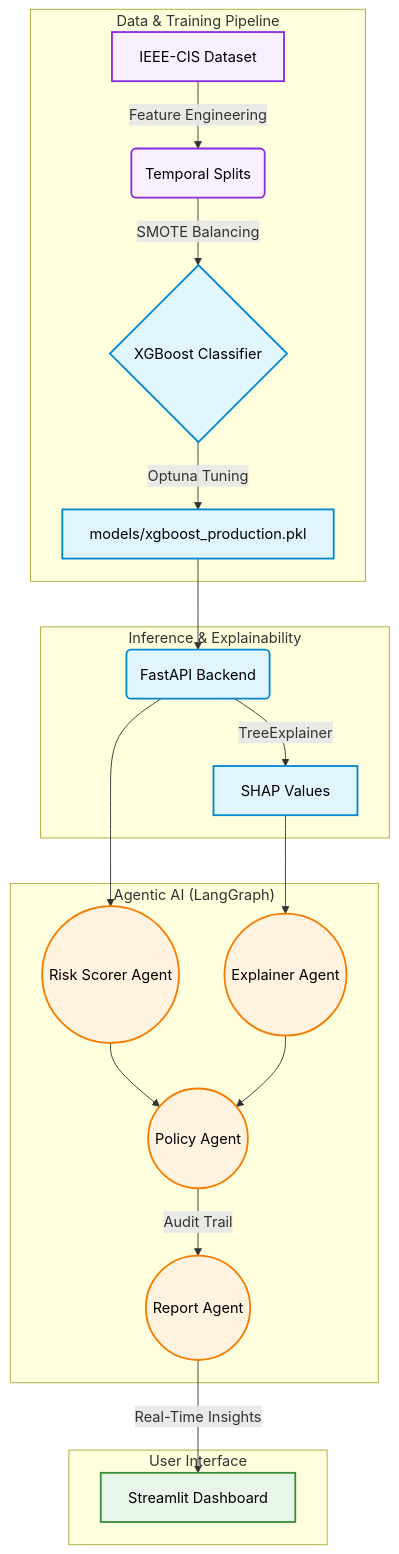
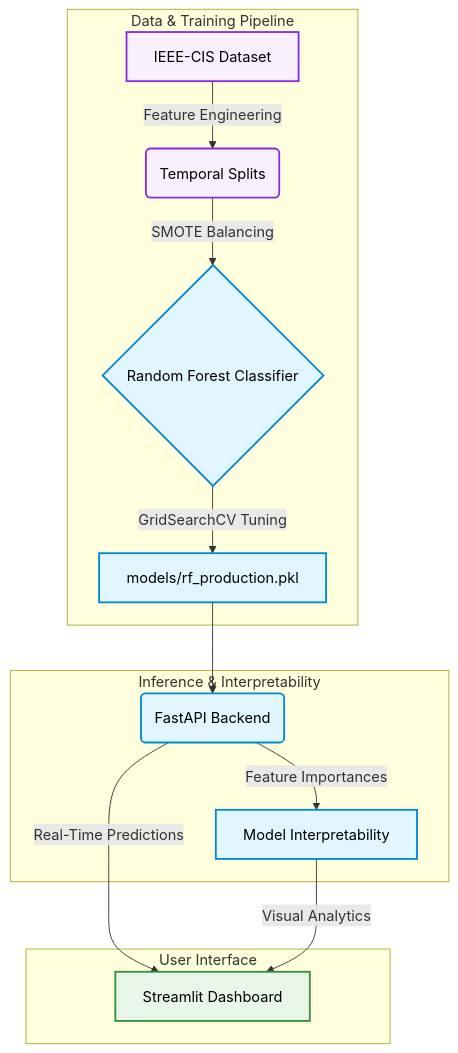
One commit to Shashank17singh/Agentic-Fraud-Sentinel changed the diagram in README.md. Above: the diagram before and after it, drawn with Mermaid. The commit also changed other lines of this file, not shown here.

````diff
--- a/README.md
+++ b/README.md
@@ -18,35 +18,26 @@
 ```mermaid
 graph TD
     subgraph "Data & Training Pipeline"
     A[IEEE-CIS Dataset] -->|Feature Engineering| B(Temporal Splits)
-    B -->|SMOTE Balancing| C{XGBoost Classifier}
-    C -->|Optuna Tuning| D[models/xgboost_production.pkl]
+    B -->|SMOTE Balancing| C{Random Forest Classifier}
+    C -->|GridSearchCV Tuning| D[models/rf_production.pkl]
     end
     
-    subgraph "Inference & Explainability"
+    subgraph "Inference & Interpretability"
     D --> E(FastAPI Backend)
-    E -->|TreeExplainer| F[SHAP Values]
-    end
-    
-    subgraph "Agentic AI (LangGraph)"
-    E --> G((Risk Scorer Agent))
-    F --> H((Explainer Agent))
-    G --> I((Policy Agent))
-    H --> I
-    I -->|Audit Trail| J((Report Agent))
+    E -->|Feature Importances| F[Model Interpretability]
     end
     
     subgraph "User Interface"
-    J -->|Real-Time Insights| K[Streamlit Dashboard]
+    E -->|Real-Time Predictions| G[Streamlit Dashboard]
+    F -->|Visual Analytics| G
     end
     
     classDef data fill:#f9f0ff,stroke:#8a2be2,stroke-width:2px,color:#000;
     classDef core fill:#e1f5fe,stroke:#0288d1,stroke-width:2px,color:#000;
-    classDef agent fill:#fff3e0,stroke:#f57c00,stroke-width:2px,color:#000;
     classDef ui fill:#e8f5e9,stroke:#388e3c,stroke-width:2px,color:#000;
     
     class A,B data;
     class C,D,E,F core;
-    class G,H,I,J agent;
-    class K ui;
+    class G ui;
 ```
````
